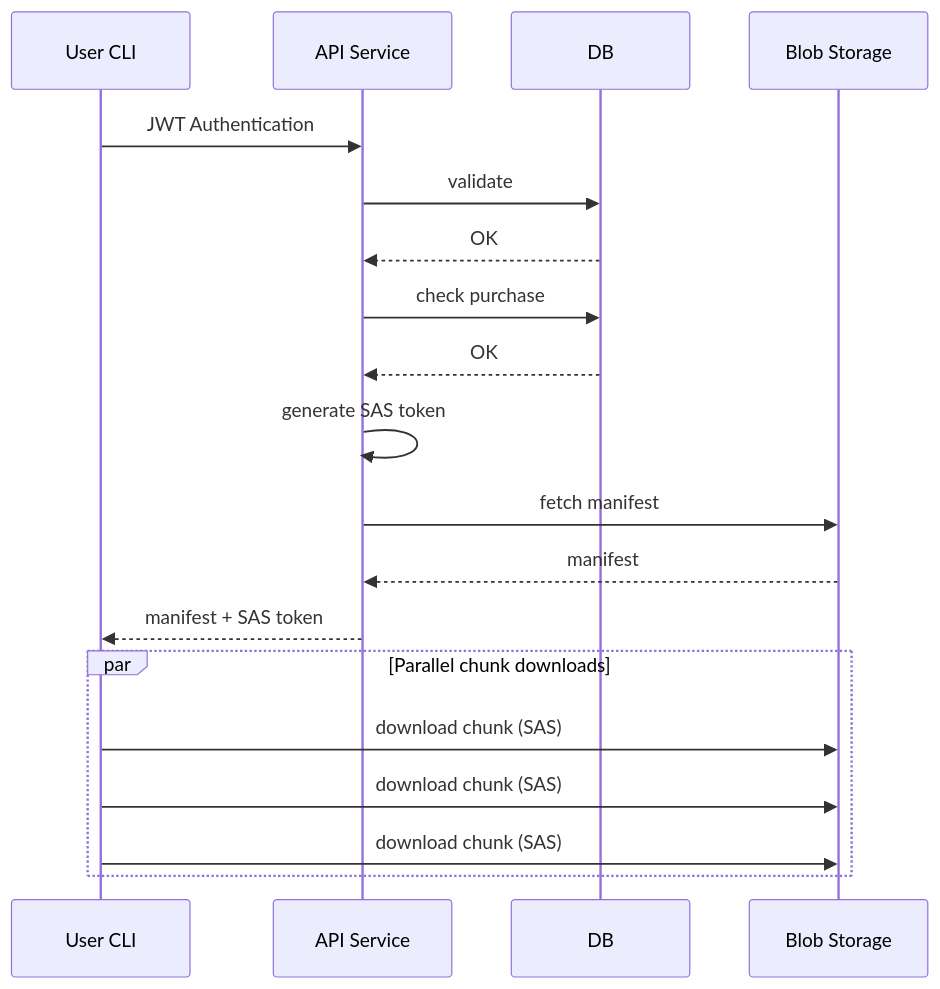
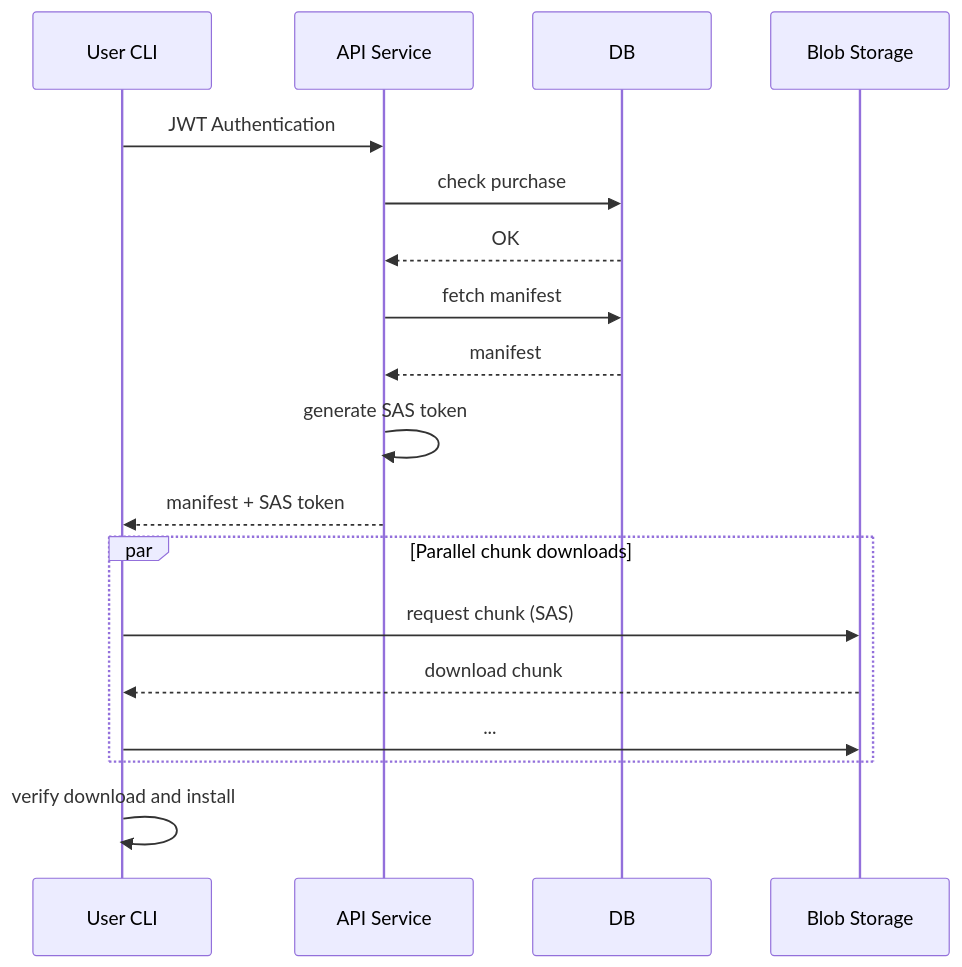
Before and after one commit to pyshreyash/downme: the first of 2 diagrams in README.md, drawn with Mermaid. The commit also changed other lines of this file, not shown here.

````diff
--- a/README.md
+++ b/README.md
@@ -12,28 +12,28 @@
 ```mermaid
 sequenceDiagram
 
     participant U as User CLI
     participant A as API Service
     participant D as DB
     participant B as Blob Storage
 
     U->>A: JWT Authentication
-    A->>D: validate
-    D-->>A: OK
+
 
     A->>D: check purchase
     D-->>A: OK
-
+    A->>D: fetch manifest
+    D-->>A: manifest
     A->>A: generate SAS token
-
-    A->>B: fetch manifest
-    B-->>A: manifest
 
     A-->>U: manifest + SAS token
 
     par Parallel chunk downloads
-        U->>B: download chunk (SAS)
-        U->>B: download chunk (SAS)
-        U->>B: download chunk (SAS)
+        U->>B: request chunk (SAS)
+        B-->>U: download chunk
+        U->>B: ...
+    
     end
+
+    U->>U: verify download and install
 ```
````
